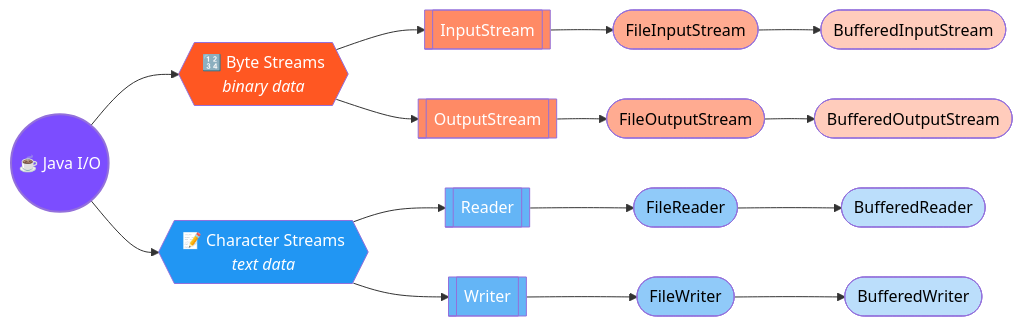
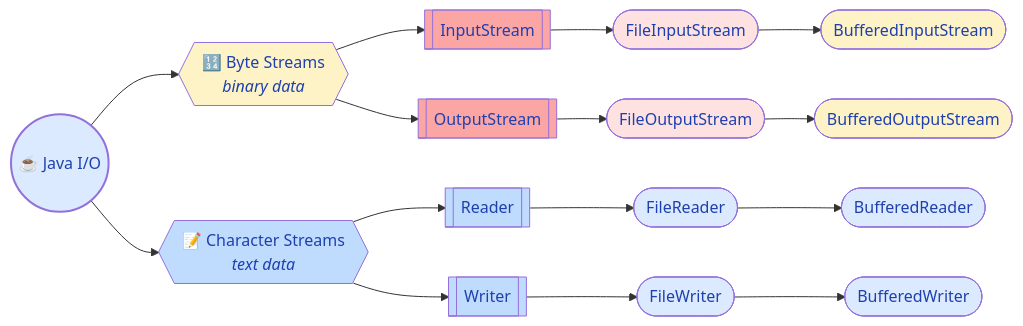
The first of 5 diagrams in docs/java/FileHandling.md (saivamsikaruturi/vamsilabs-dev-notes-main), drawn with Mermaid before and after one commit. The commit also changed other lines of this file and 220 other files, not shown here.

First line of the commit message:
Add 50+ new Java/Spring Boot pages, rewrite CSS code blocks to Oracle style, fix all diagram colors

````diff
--- a/docs/java/FileHandling.md
+++ b/docs/java/FileHandling.md
@@ -13,37 +13,37 @@
 ```mermaid
 flowchart LR
     IO(("☕ Java I/O"))
     IO --> BS{{"🔢 Byte Streams<br/><i>binary data</i>"}}
     IO --> CS{{"📝 Character Streams<br/><i>text data</i>"}}
 
     BS --> IS[["InputStream"]]
     BS --> OS[["OutputStream"]]
     CS --> R[["Reader"]]
     CS --> W[["Writer"]]
 
     IS --> FIS(["FileInputStream"])
     OS --> FOS(["FileOutputStream"])
     FIS --> BIS(["BufferedInputStream"])
     FOS --> BOS(["BufferedOutputStream"])
 
     R --> FR(["FileReader"])
     W --> FW(["FileWriter"])
     FR --> BR(["BufferedReader"])
     FW --> BW(["BufferedWriter"])
 
-    style IO fill:#7C4DFF,color:#fff,stroke-width:2px
-    style BS fill:#FF5722,color:#fff
-    style CS fill:#2196F3,color:#fff
-    style IS fill:#FF8A65,color:#fff
-    style OS fill:#FF8A65,color:#fff
-    style R fill:#64B5F6,color:#fff
-    style W fill:#64B5F6,color:#fff
-    style FIS fill:#FFAB91,color:#000
-    style FOS fill:#FFAB91,color:#000
-    style BIS fill:#FFCCBC,color:#000
-    style BOS fill:#FFCCBC,color:#000
-    style FR fill:#90CAF9,color:#000
-    style FW fill:#90CAF9,color:#000
-    style BR fill:#BBDEFB,color:#000
-    style BW fill:#BBDEFB,color:#000
+    style IO fill:#DBEAFE,color:#1E40AF,stroke-width:2px
+    style BS fill:#FEF3C7,color:#1E40AF
+    style CS fill:#BFDBFE,color:#1E40AF
+    style IS fill:#FCA5A5,color:#1E40AF
+    style OS fill:#FCA5A5,color:#1E40AF
+    style R fill:#BFDBFE,color:#1E40AF
+    style W fill:#BFDBFE,color:#1E40AF
+    style FIS fill:#FEE2E2,color:#1E40AF
+    style FOS fill:#FEE2E2,color:#1E40AF
+    style BIS fill:#FEF3C7,color:#1E40AF
+    style BOS fill:#FEF3C7,color:#1E40AF
+    style FR fill:#DBEAFE,color:#1E40AF
+    style FW fill:#DBEAFE,color:#1E40AF
+    style BR fill:#DBEAFE,color:#1E40AF
+    style BW fill:#DBEAFE,color:#1E40AF
 ```
````
